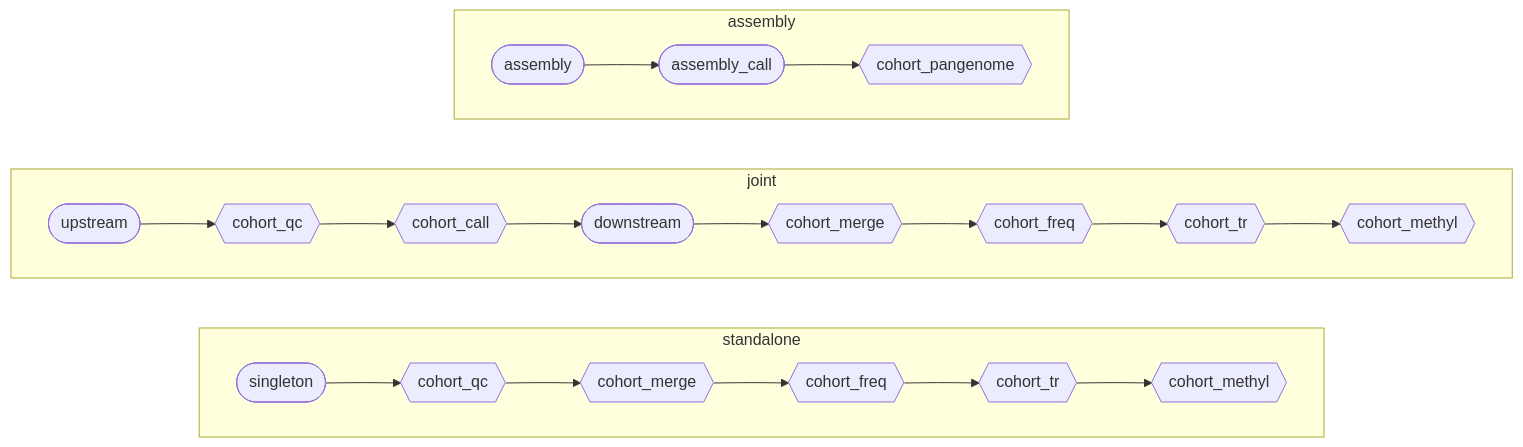
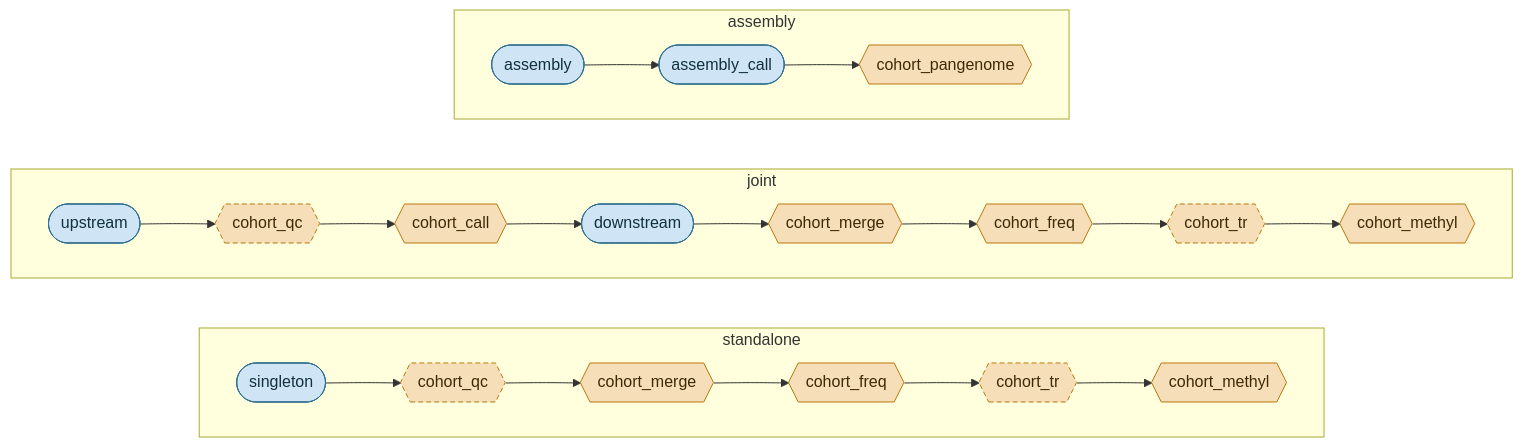
Before and after one commit to UppsalaGenomeCenter/ugc-wgw: the diagram in docs/guide/01-overview.md, drawn with Mermaid. The commit also changed 52 other files, not shown here.

````diff
--- a/docs/guide/01-overview.md
+++ b/docs/guide/01-overview.md
@@ -39,15 +39,18 @@
 ```mermaid
 flowchart LR
   subgraph standalone
     direction LR
-    a1(["singleton"]) --> a0{{"cohort_qc"}} --> a2{{"cohort_merge"}} --> a3{{"cohort_freq"}} --> a5{{"cohort_tr"}} --> a4{{"cohort_methyl"}}
+    a1(["singleton"]):::sample --> a0{{"cohort_qc"}}:::optional --> a2{{"cohort_merge"}}:::cohort --> a3{{"cohort_freq"}}:::cohort --> a5{{"cohort_tr"}}:::optional --> a4{{"cohort_methyl"}}:::cohort
   end
   subgraph joint
     direction LR
-    b1(["upstream"]) --> b0{{"cohort_qc"}} --> b2{{"cohort_call"}} --> b3(["downstream"]) --> b4{{"cohort_merge"}} --> b5{{"cohort_freq"}} --> b7{{"cohort_tr"}} --> b6{{"cohort_methyl"}}
+    b1(["upstream"]):::sample --> b0{{"cohort_qc"}}:::optional --> b2{{"cohort_call"}}:::cohort --> b3(["downstream"]):::sample --> b4{{"cohort_merge"}}:::cohort --> b5{{"cohort_freq"}}:::cohort --> b7{{"cohort_tr"}}:::optional --> b6{{"cohort_methyl"}}:::cohort
   end
   subgraph assembly
     direction LR
-    c1(["assembly"]) --> c2(["assembly_call"]) --> c3{{"cohort_pangenome"}}
+    c1(["assembly"]):::sample --> c2(["assembly_call"]):::sample --> c3{{"cohort_pangenome"}}:::cohort
   end
+  classDef sample fill:#cfe4f5,stroke:#2f6f8f,color:#12303f
+  classDef cohort fill:#f6dfb8,stroke:#b9770e,color:#3d2a05
+  classDef optional fill:#f6dfb8,stroke:#b9770e,color:#3d2a05,stroke-dasharray:5 3
 ```
````
